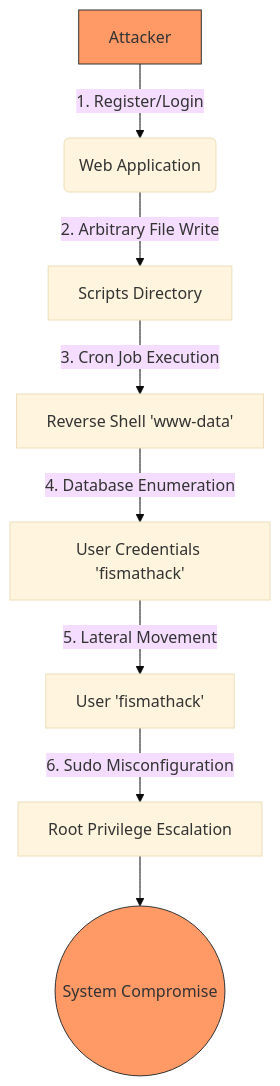
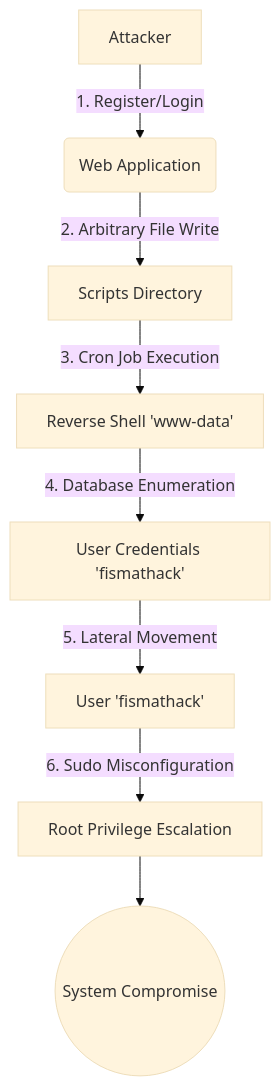
Before and after one commit to 0xNoramiya/blog: the diagram in src/content/blog/htb-conversor/index.mdx, drawn with Mermaid (base theme). The commit also changed other lines of this file, not shown here.

Commit message:
Remove Mermaid styling and redacted flags section from HTB Conversor writeup

````diff
--- a/src/content/blog/htb-conversor/index.mdx
+++ b/src/content/blog/htb-conversor/index.mdx
@@ -26,13 +26,10 @@
 ```mermaid
 graph TD
     A[Attacker] -->|1. Register/Login| B(Web Application)
     B -->|2. Arbitrary File Write| C[Scripts Directory]
     C -->|3. Cron Job Execution| D[Reverse Shell 'www-data']
     D -->|4. Database Enumeration| E[User Credentials 'fismathack']
     E -->|5. Lateral Movement| F[User 'fismathack']
     F -->|6. Sudo Misconfiguration| G[Root Privilege Escalation]
     G --> H((System Compromise))
-    
-    style A fill:#f96,stroke:#333
-    style H fill:#f96,stroke:#333
 ```
````
